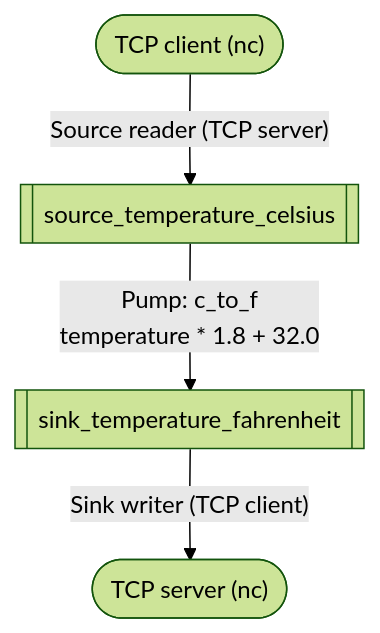
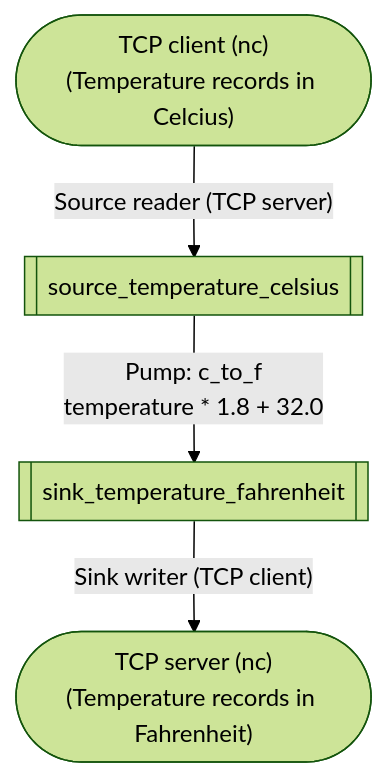
The diagram in docs/get-started/write-basic-apps.mdx (SpringQL/SpringQL.github.io), drawn with Mermaid (forest theme) before and after one commit. The commit also changed other lines of this file, not shown here.

````diff
--- a/docs/get-started/write-basic-apps.mdx
+++ b/docs/get-started/write-basic-apps.mdx
@@ -19,4 +19,4 @@
 ```mermaid
 graph TB
-    fsrc(["TCP client (nc)"]) -- "Source reader (TCP server)" --> src[[source_temperature_celsius]] -- Pump: c_to_f<br>temperature * 1.8 + 32.0 --> sink[[sink_temperature_fahrenheit]] -- "Sink writer (TCP client)" --> fsink(["TCP server (nc)"])
+    fsrc(["TCP client (nc)<br>(Temperature records in Celcius)"]) -- "Source reader (TCP server)" --> src[[source_temperature_celsius]] -- Pump: c_to_f<br>temperature * 1.8 + 32.0 --> sink[[sink_temperature_fahrenheit]] -- "Sink writer (TCP client)" --> fsink(["TCP server (nc)<br>(Temperature records in Fahrenheit)"])
 ```
````
